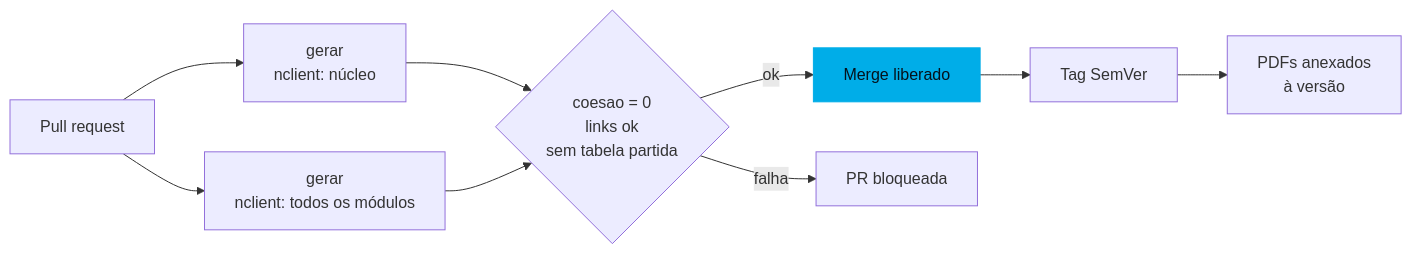
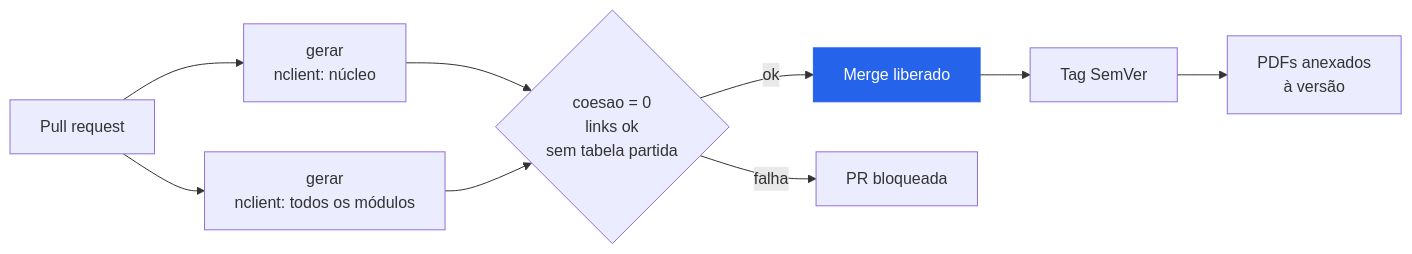
One commit to resper1965/esqueleto-governanca changed the fourth of 4 diagrams in docs/arquitetura.md. Above: the diagram before and after it, drawn with Mermaid. The commit also changed other lines of this file and 11 other files, not shown here.

````diff
--- a/docs/arquitetura.md
+++ b/docs/arquitetura.md
@@ -151,12 +150,12 @@
 ```mermaid
 flowchart LR
     PR["Pull request"] --> A["gerar<br/>nclient: núcleo"]
     PR --> B["gerar<br/>nclient: todos os módulos"]
     A --> C{"coesao = 0<br/>links ok<br/>sem tabela partida"}
     B --> C
     C -- ok --> M["Merge liberado"]
     C -- falha --> R["PR bloqueada"]
     M --> V["Tag SemVer"] --> PUB["PDFs anexados<br/>à versão"]
 
-    style M fill:#00ADE8,stroke:#00ADE8,color:#04121C
+    style M fill:#2563EB,stroke:#2563EB,color:#FFFFFF
 ```
````
